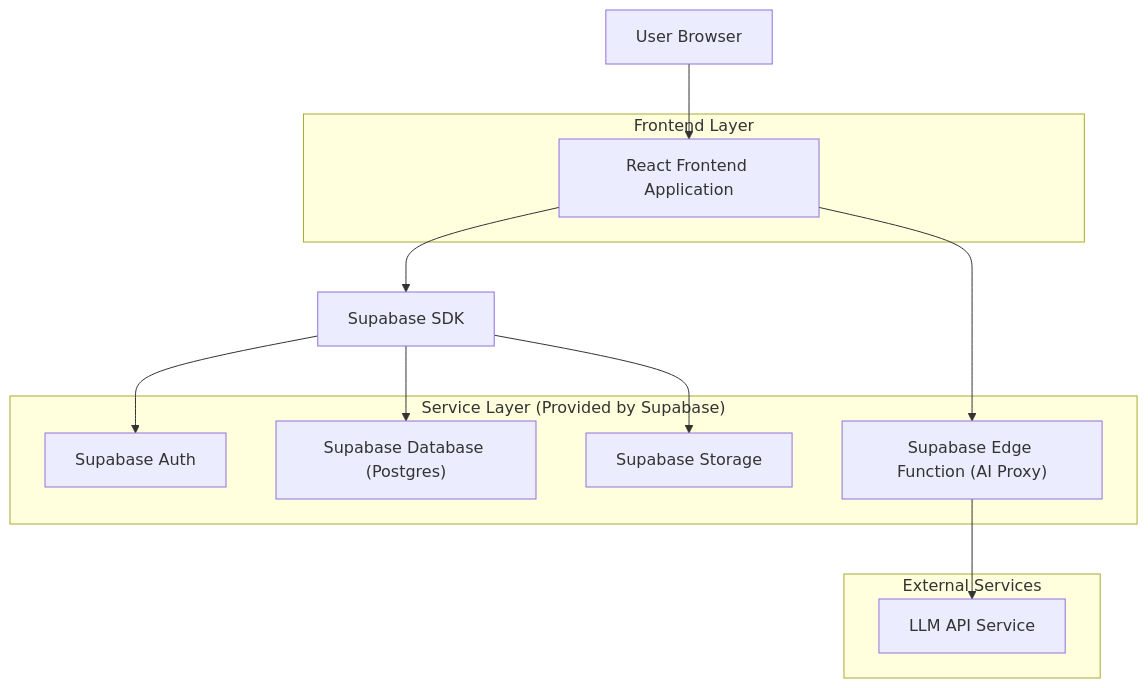
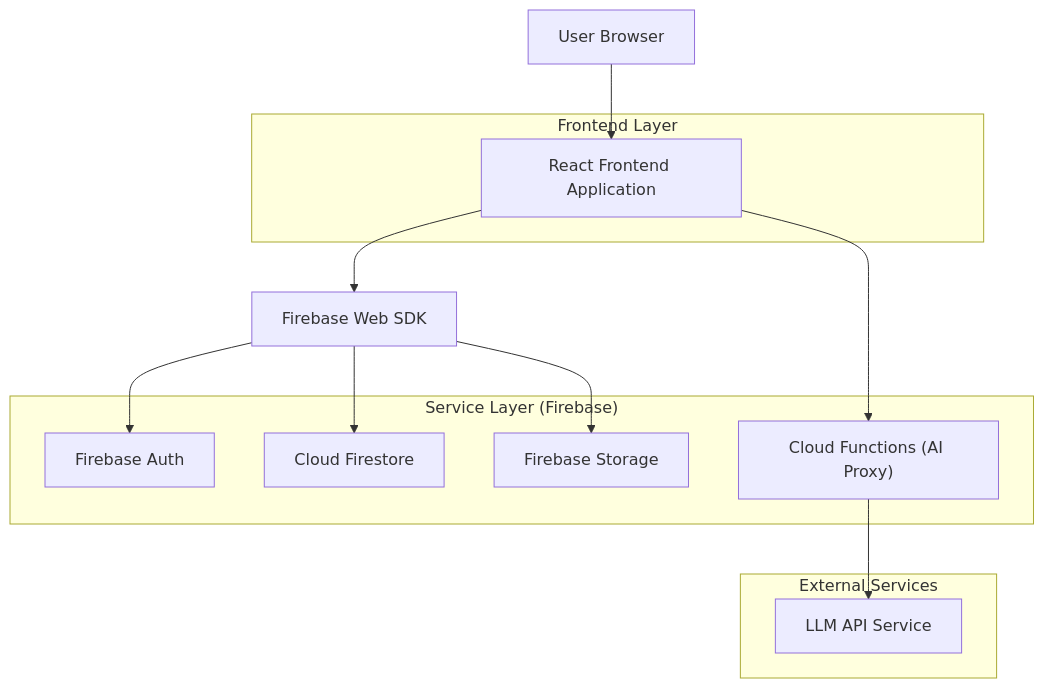
One commit to newcreatord-sudo/LifePet changed the second of 4 diagrams in .trae/documents/Architettura_Tecnica_LifePet_IT.md. Above: the diagram before and after it, drawn with Mermaid. The commit also changed other lines of this file and 3 other files, not shown here.

````diff
--- a/.trae/documents/Architettura_Tecnica_LifePet_IT.md
+++ b/.trae/documents/Architettura_Tecnica_LifePet_IT.md
@@ -2,25 +27,25 @@
 ```mermaid
 graph TD
   A["User Browser"] --> B["React Frontend Application"]
-  B --> C["Supabase SDK"]
-  C --> D["Supabase Auth"]
-  C --> E["Supabase Database (Postgres)"]
-  C --> F["Supabase Storage"]
-  B --> G["Supabase Edge Function (AI Proxy)"]
+  B --> C["Firebase Web SDK"]
+  C --> D["Firebase Auth"]
+  C --> E["Cloud Firestore"]
+  C --> F["Firebase Storage"]
+  B --> G["Cloud Functions (AI Proxy)"]
   G --> H["LLM API Service"]
 
   subgraph "Frontend Layer"
     B
   end
 
-  subgraph "Service Layer (Provided by Supabase)"
+  subgraph "Service Layer (Firebase)"
     D
     E
     F
     G
   end
 
   subgraph "External Services"
     H
   end
 ```
````
